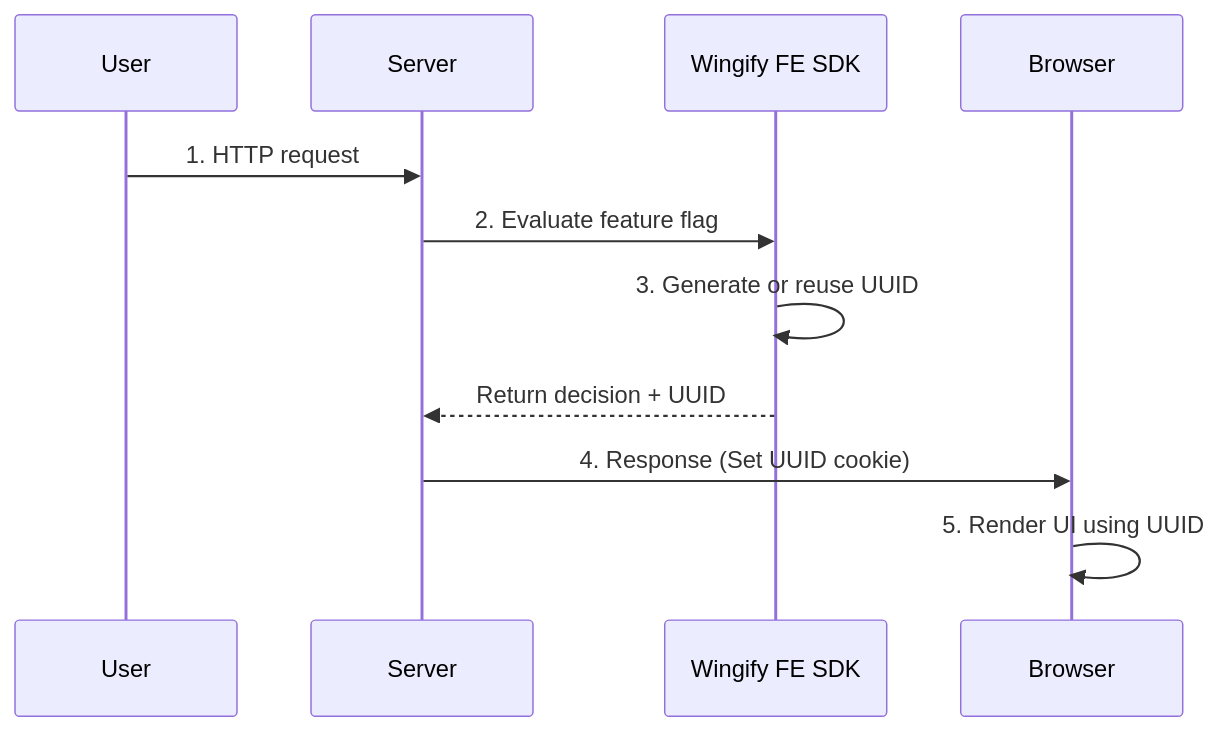
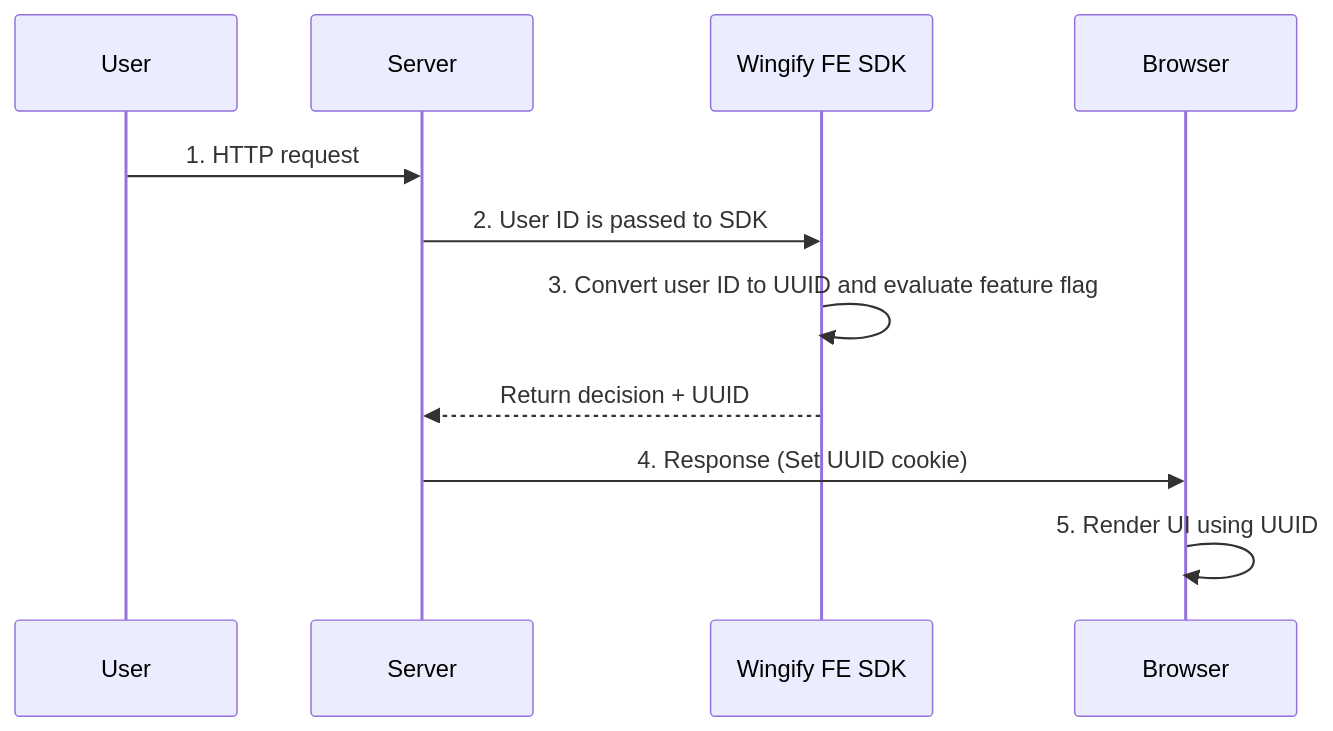
Before and after one commit to wingify/readme-central: the first of 3 diagrams in docs/Unified Experimentation/fme-unified-experimentation-conversion-tracking.md, drawn with Mermaid. The commit also changed other lines of this file, not shown here.

Commit message:
Update doc `fme-unified-experimentation-conversion-tracking`

````diff
--- a/docs/Unified Experimentation/fme-unified-experimentation-conversion-tracking.md
+++ b/docs/Unified Experimentation/fme-unified-experimentation-conversion-tracking.md
@@ -56,15 +56,15 @@
 ```mermaid
 sequenceDiagram
     participant User
     participant Server
     participant FE_SDK as Wingify FE SDK
     participant Browser
 
     User->>Server: 1. HTTP request
-    Server->>FE_SDK: 2. Evaluate feature flag
-    FE_SDK->>FE_SDK: 3. Generate or reuse UUID
+    Server->>FE_SDK: 2. User ID is passed to SDK
+    FE_SDK->>FE_SDK: 3. Convert user ID to UUID and evaluate feature flag
     FE_SDK-->>Server: Return decision + UUID
     Server->>Browser: 4. Response (Set UUID cookie)
     Browser->>Browser: 5. Render UI using UUID
 
 ```
````
